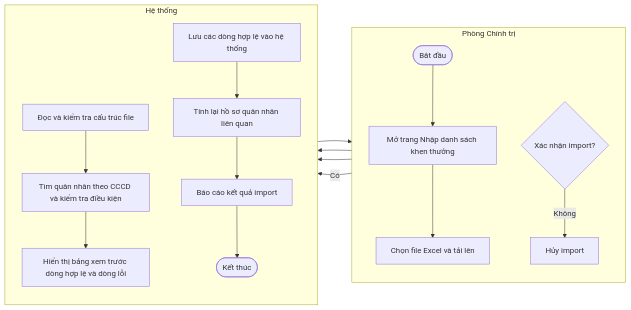
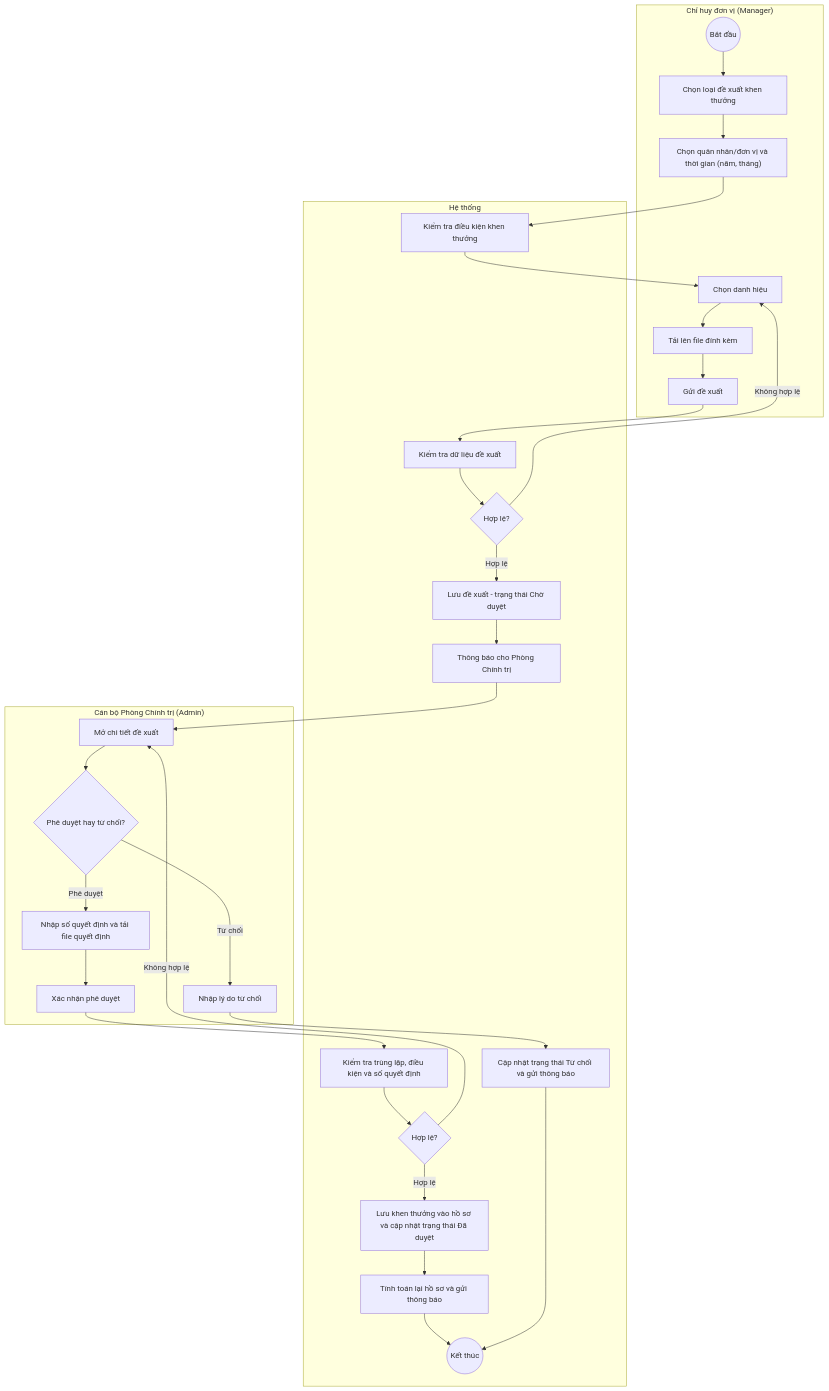
The first of 3 diagrams in docs/diagrams/02-activity.md (tranducbk/DATN_PM_QLKT), drawn with Mermaid before and after one commit. The commit also changed other lines of this file and 113 other files, not shown here.

````diff
--- a/docs/diagrams/02-activity.md
+++ b/docs/diagrams/02-activity.md
@@ -64,25 +17,54 @@
 ```mermaid
-flowchart LR
-    subgraph PCT["Phòng Chính trị"]
-        direction TB
-        Start([Bắt đầu])
-        A1[Mở trang Nhập danh sách khen thưởng]
-        A2[Chọn file Excel và tải lên]
-        D1{Xác nhận import?}
-        A3[Hủy import]
-    end
-    subgraph HeTHong["Hệ thống"]
-        direction TB
-        S1[Đọc và kiểm tra cấu trúc file]
-        S2[Tìm quân nhân theo CCCD và kiểm tra điều kiện]
-        S3[Hiển thị bảng xem trước dòng hợp lệ và dòng lỗi]
-        S4[Lưu các dòng hợp lệ vào hệ thống]
-        S5[Tính lại hồ sơ quân nhân liên quan]
-        S6[Báo cáo kết quả import]
-        End([Kết thúc])
+flowchart TD
+    subgraph CHDV["Chỉ huy đơn vị (Manager)"]
+        S(("Bắt đầu")) --> A1["Chọn loại đề xuất khen thưởng"]
+        A1 --> A2["Chọn quân nhân/đơn vị và thời gian (năm, tháng)"]
+        A3["Chọn danh hiệu"]
+        A4["Tải lên file đính kèm"]
+        A5["Gửi đề xuất"]
     end
 
-    Start --> A1 --> A2 --> S1 --> S2 --> S3 --> D1
-    D1 -- Không --> A3 --> End
-    D1 -- Có --> S4 --> S5 --> S6 --> End
+    subgraph HT["Hệ thống"]
+        B1["Kiểm tra điều kiện khen thưởng"]
+        B2["Kiểm tra dữ liệu đề xuất"]
+        D1{"Hợp lệ?"}
+        B3["Lưu đề xuất - trạng thái Chờ duyệt"]
+        B4["Thông báo cho Phòng Chính trị"]
+        E1["Kiểm tra trùng lặp, điều kiện và số quyết định"]
+        D3{"Hợp lệ?"}
+        E2["Lưu khen thưởng vào hồ sơ và cập nhật trạng thái Đã duyệt"]
+        E3["Cập nhật trạng thái Từ chối và gửi thông báo"]
+        E4["Tính toán lại hồ sơ và gửi thông báo"]
+        F(("Kết thúc"))
+    end
+
+    subgraph CB["Cán bộ Phòng Chính trị (Admin)"]
+        C1["Mở chi tiết đề xuất"]
+        D2{"Phê duyệt hay từ chối?"}
+        C2["Nhập số quyết định và tải file quyết định"]
+        C3["Xác nhận phê duyệt"]
+        C4["Nhập lý do từ chối"]
+    end
+
+    A2 --> B1
+    B1 --> A3
+    A3 --> A4 --> A5
+    A5 --> B2
+    B2 --> D1
+    D1 -->|"Không hợp lệ"| A3
+    D1 -->|"Hợp lệ"| B3
+    B3 --> B4
+    B4 --> C1
+    C1 --> D2
+    D2 -->|"Phê duyệt"| C2
+    C2 --> C3
+    C3 --> E1
+    E1 --> D3
+    D3 -->|"Không hợp lệ"| C1
+    D3 -->|"Hợp lệ"| E2
+    E2 --> E4
+    E4 --> F
+    D2 -->|"Từ chối"| C4
+    C4 --> E3
+    E3 --> F
 ```
````
